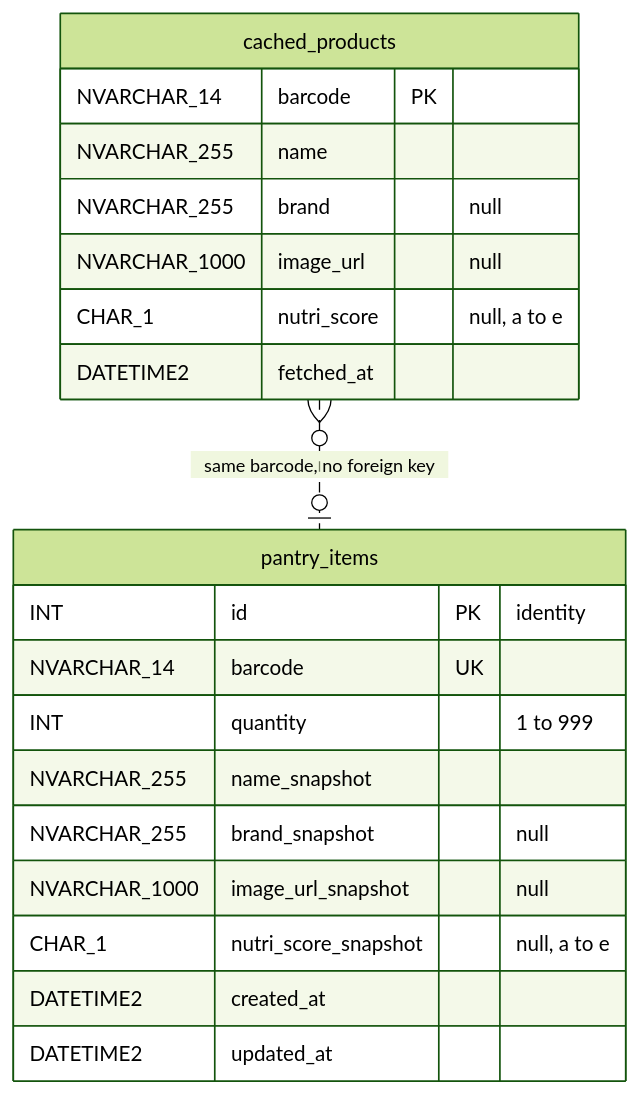
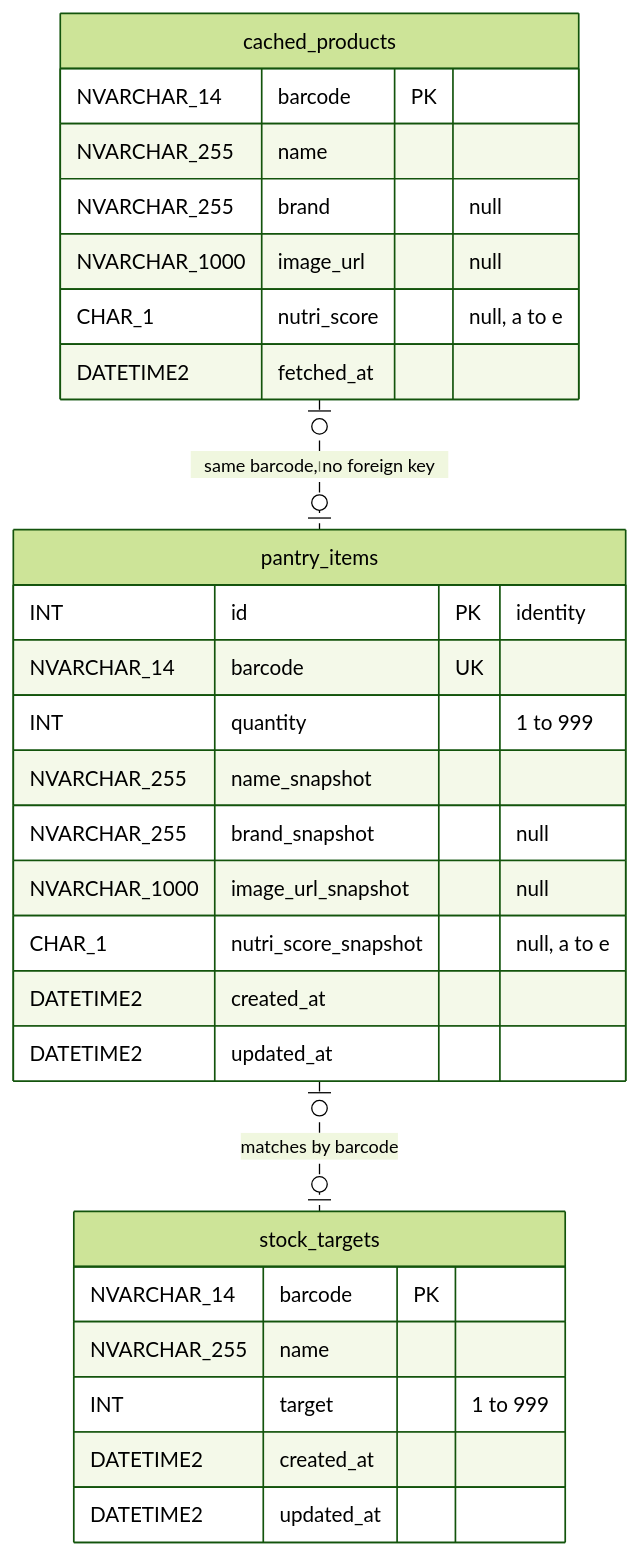
The diagram in docs/data-model.md (matheusfunabashi/pantrypal-devops), drawn with Mermaid (forest theme) before and after one commit. The commit also changed other lines of this file and 20 other files, not shown here.

````diff
--- a/docs/data-model.md
+++ b/docs/data-model.md
@@ -5,23 +5,31 @@
 ```mermaid
 erDiagram
     cached_products {
         NVARCHAR_14 barcode PK
         NVARCHAR_255 name
         NVARCHAR_255 brand "null"
         NVARCHAR_1000 image_url "null"
         CHAR_1 nutri_score "null, a to e"
         DATETIME2 fetched_at
     }
     pantry_items {
         INT id PK "identity"
         NVARCHAR_14 barcode UK
         INT quantity "1 to 999"
         NVARCHAR_255 name_snapshot
         NVARCHAR_255 brand_snapshot "null"
         NVARCHAR_1000 image_url_snapshot "null"
         CHAR_1 nutri_score_snapshot "null, a to e"
         DATETIME2 created_at
         DATETIME2 updated_at
     }
-    cached_products }o..o| pantry_items : "same barcode, no foreign key"
+    stock_targets {
+        NVARCHAR_14 barcode PK
+        NVARCHAR_255 name
+        INT target "1 to 999"
+        DATETIME2 created_at
+        DATETIME2 updated_at
+    }
+    pantry_items |o..o| stock_targets : "matches by barcode"
+    cached_products |o..o| pantry_items : "same barcode, no foreign key"
 ```
````
